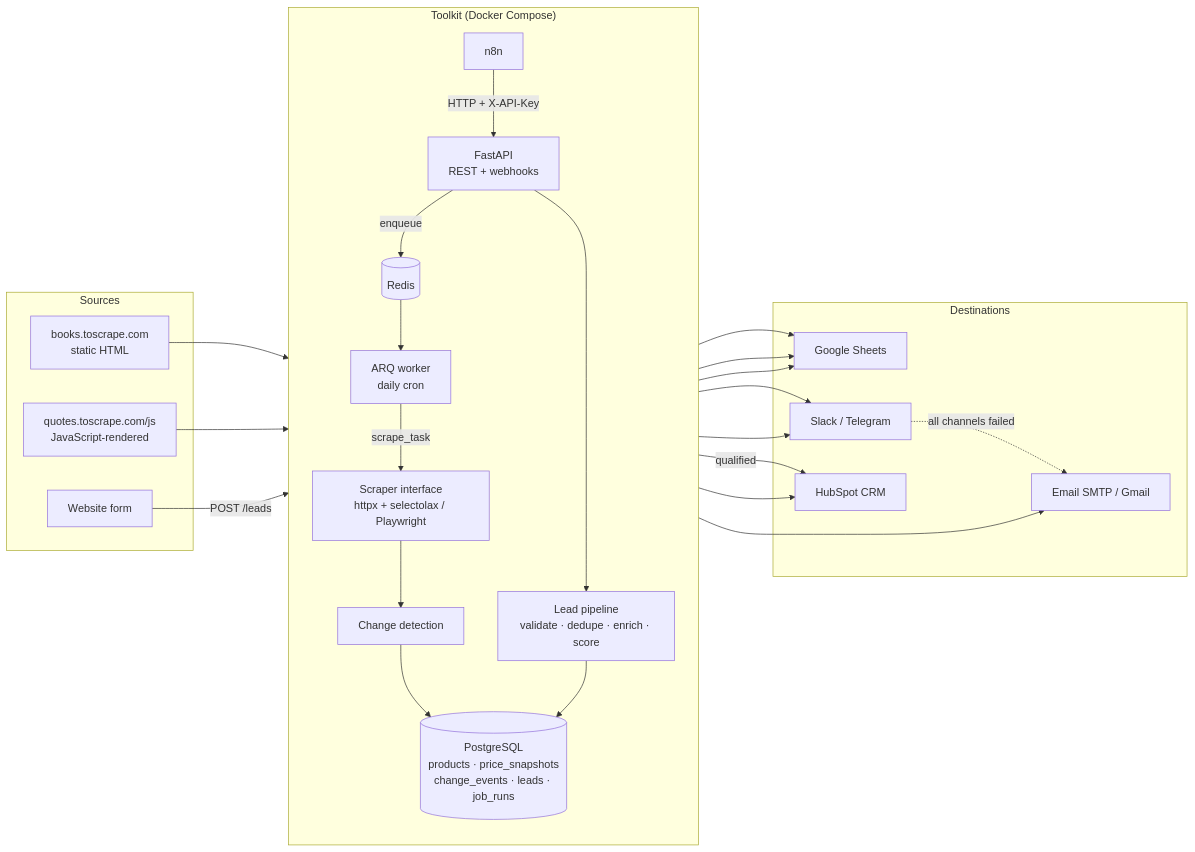
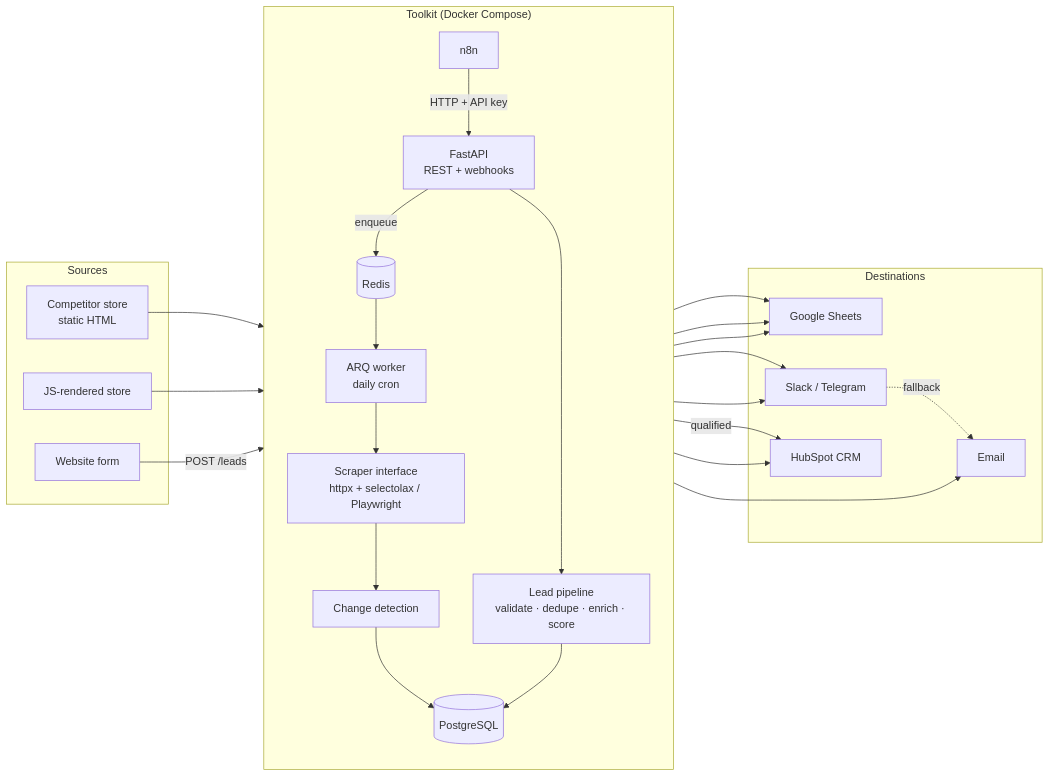
The first of 2 diagrams in README.md (Yusufislamyetkin/python-automation-scraping-toolkit), drawn with Mermaid before and after one commit. The commit also changed other lines of this file and 12 other files, not shown here.

First line of the commit message:
docs: showcase README with demo GIFs, screenshots and architecture visuals

````diff
--- a/README.md
+++ b/README.md
@@ -46,40 +80,37 @@
 ```mermaid
 flowchart LR
     subgraph Sources
-        B[books.toscrape.com<br/>static HTML]
-        Q[quotes.toscrape.com/js<br/>JavaScript-rendered]
+        B[Competitor store<br/>static HTML]
+        Q[JS-rendered store]
         F[Website form]
     end
-
     subgraph Toolkit["Toolkit (Docker Compose)"]
         direction TB
         API[FastAPI<br/>REST + webhooks]
         W[ARQ worker<br/>daily cron]
         R[(Redis)]
         S[Scraper interface<br/>httpx + selectolax / Playwright]
         CD[Change detection]
         LS[Lead pipeline<br/>validate · dedupe · enrich · score]
-        DB[(PostgreSQL<br/>products · price_snapshots<br/>change_events · leads · job_runs)]
+        DB[(PostgreSQL)]
         N8N[n8n]
     end
-
     subgraph Destinations
         GS[Google Sheets]
         SL[Slack / Telegram]
-        EM[Email SMTP / Gmail]
+        EM[Email]
         HS[HubSpot CRM]
     end
-
     B --> S
     Q --> S
-    W -- scrape_task --> S
+    W --> S
     API -- enqueue --> R --> W
     S --> CD --> DB
     F -- POST /leads --> API --> LS --> DB
     CD --> GS & SL
-    SL -. all channels failed .-> EM
+    SL -. fallback .-> EM
     LS -- qualified --> HS
     LS --> GS
-    N8N -- HTTP + X-API-Key --> API
+    N8N -- HTTP + API key --> API
     N8N --> GS & SL & HS & EM
 ```
````
